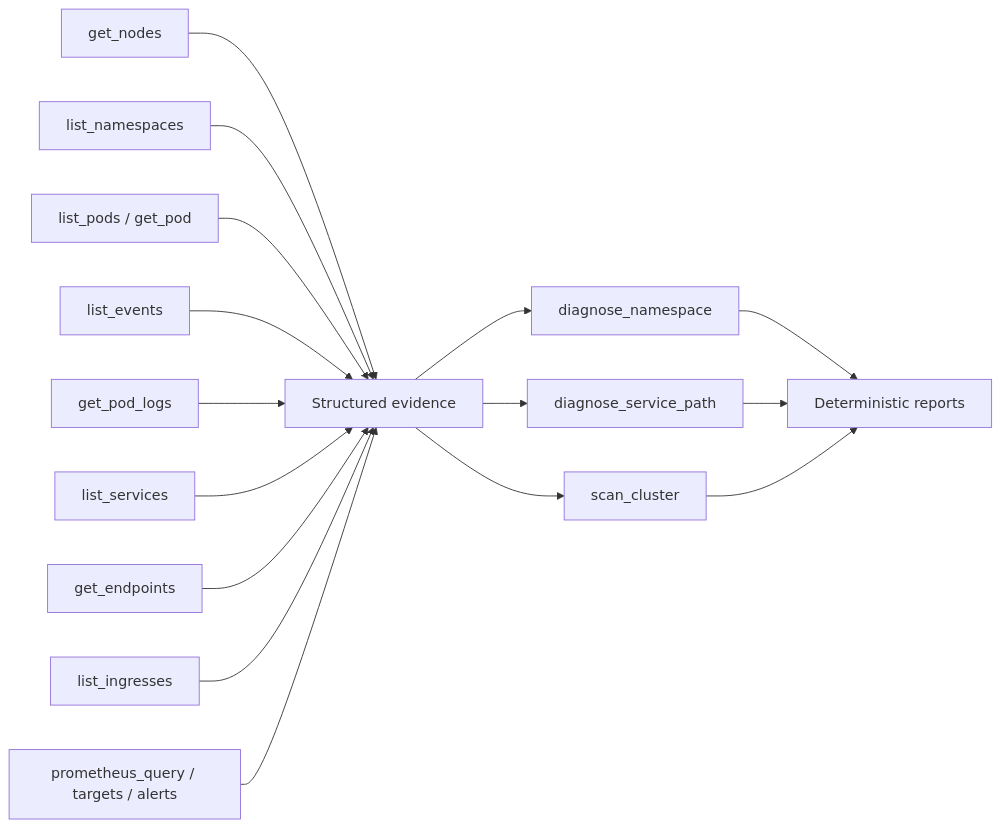
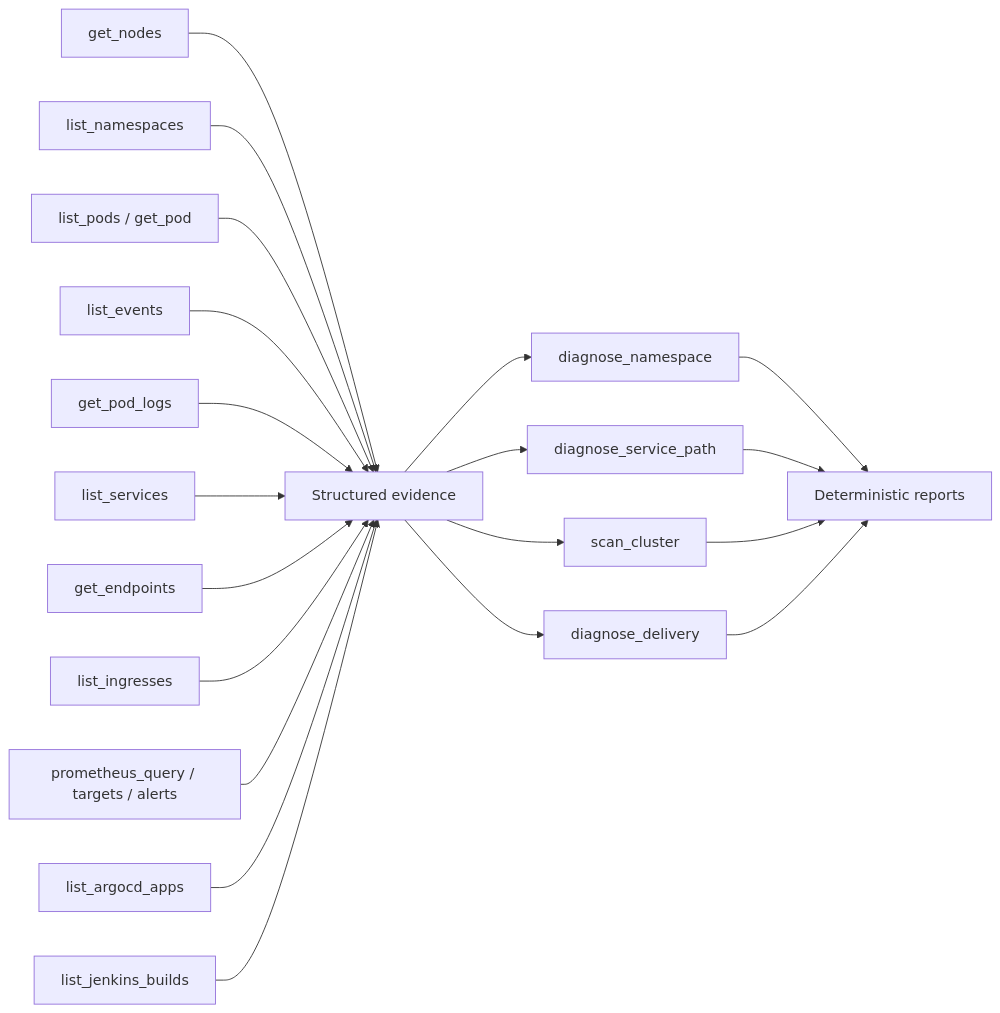
One commit to FAHID-KHAN/platformops-ai changed the second of 3 diagrams in docs/architecture/current-setup.md. Above: the diagram before and after it, drawn with Mermaid. The commit also changed other lines of this file and 26 other files, not shown here.

````diff
--- a/docs/architecture/current-setup.md
+++ b/docs/architecture/current-setup.md
@@ -97,34 +105,41 @@
 ```mermaid
 flowchart LR
     nodes[get_nodes]
     namespaces[list_namespaces]
     pods[list_pods / get_pod]
     events[list_events]
     logs[get_pod_logs]
     services[list_services]
     endpoints[get_endpoints]
     ingresses[list_ingresses]
     nsdiag[diagnose_namespace]
     svcdiag[diagnose_service_path]
     scan[scan_cluster]
+    argocd[list_argocd_apps]
+    jenkins[list_jenkins_builds]
+    delivery[diagnose_delivery]
     prometheus[prometheus_query / targets / alerts]
 
     evidence[Structured evidence]
     diagnosis[Deterministic reports]
 
     nodes --> evidence
     namespaces --> evidence
     pods --> evidence
     events --> evidence
     logs --> evidence
     services --> evidence
     endpoints --> evidence
     ingresses --> evidence
     prometheus --> evidence
+    argocd --> evidence
+    jenkins --> evidence
     evidence --> nsdiag
     evidence --> svcdiag
     evidence --> scan
+    evidence --> delivery
     nsdiag --> diagnosis
     svcdiag --> diagnosis
     scan --> diagnosis
+    delivery --> diagnosis
 ```
````
